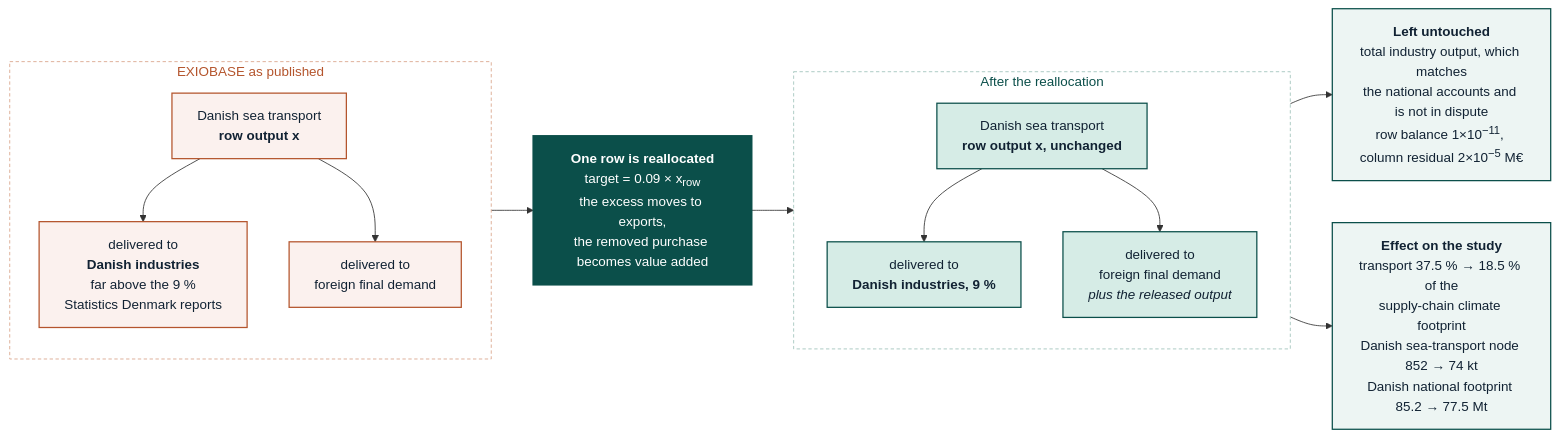
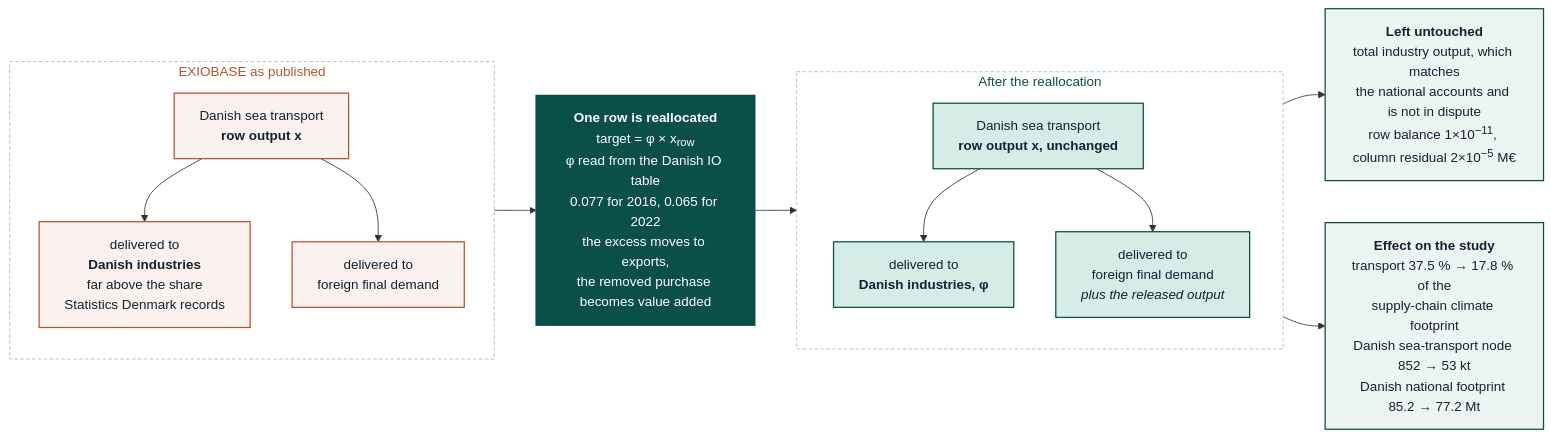
The diagram in docs/revision/results_2022.md (Ofir2025/envr-footprint-healthcare-Dk2025), drawn with Mermaid before and after one commit. The commit also changed other lines of this file and 191 other files, not shown here.

````diff
--- a/docs/revision/results_2022.md
+++ b/docs/revision/results_2022.md
@@ -117,41 +134,41 @@
 ```mermaid
 flowchart LR
     subgraph BEFORE["EXIOBASE as published"]
       direction TB
       B1["Danish sea transport<br/><b>row output x</b>"]
-      B2["delivered to<br/><b>Danish industries</b><br/>far above the 9 %<br/>Statistics Denmark reports"]
+      B2["delivered to<br/><b>Danish industries</b><br/>far above the share<br/>Statistics Denmark records"]
       B3["delivered to<br/>foreign final demand"]
       B1 --> B2
       B1 --> B3
     end
 
-    OP["<b>One row is reallocated</b><br/>target = 0.09 × x<sub>row</sub><br/>the excess moves to exports,<br/>the removed purchase becomes value added"]
+    OP["<b>One row is reallocated</b><br/>target = φ × x<sub>row</sub><br/>φ read from the Danish IO table<br/>0.077 for 2016, 0.065 for 2022<br/>the excess moves to exports,<br/>the removed purchase becomes value added"]
 
     subgraph AFTER["After the reallocation"]
       direction TB
       A1["Danish sea transport<br/><b>row output x, unchanged</b>"]
-      A2["delivered to<br/><b>Danish industries, 9 %</b>"]
+      A2["delivered to<br/><b>Danish industries, φ</b>"]
       A3["delivered to<br/>foreign final demand<br/><i>plus the released output</i>"]
       A1 --> A2
       A1 --> A3
     end
 
     BEFORE --> OP --> AFTER
 
     INV["<b>Left untouched</b><br/>total industry output, which matches<br/>the national accounts and is not in dispute<br/>row balance 1×10<sup>−11</sup>, column residual 2×10<sup>−5</sup> M€"]
-    EFF["<b>Effect on the study</b><br/>transport 37.5 % → 18.5 % of the<br/>supply-chain climate footprint<br/>Danish sea-transport node 852 → 74 kt<br/>Danish national footprint 85.2 → 77.5 Mt"]
+    EFF["<b>Effect on the study</b><br/>transport 37.5 % → 17.8 % of the<br/>supply-chain climate footprint<br/>Danish sea-transport node 852 → 53 kt<br/>Danish national footprint 85.2 → 77.2 Mt"]
 
     AFTER --> INV
     AFTER --> EFF
 
     classDef before fill:#FBF1EE,stroke:#B4552D,stroke-width:1.5px,color:#123
     classDef after fill:#D6ECE6,stroke:#0B4F4A,stroke-width:1.5px,color:#123
     classDef op fill:#0B4F4A,stroke:#0B4F4A,stroke-width:2px,color:#FFFFFF
     classDef note fill:#EDF5F3,stroke:#0B4F4A,stroke-width:1.5px,color:#123
     class B1,B2,B3 before
     class A1,A2,A3 after
     class OP op
     class INV,EFF note
     style BEFORE fill:#FFFFFF,stroke:#D9A48A,stroke-width:1px,stroke-dasharray:4 3,color:#B4552D
     style AFTER fill:#FFFFFF,stroke:#9FC3BA,stroke-width:1px,stroke-dasharray:4 3,color:#0B4F4A
 ```
````
